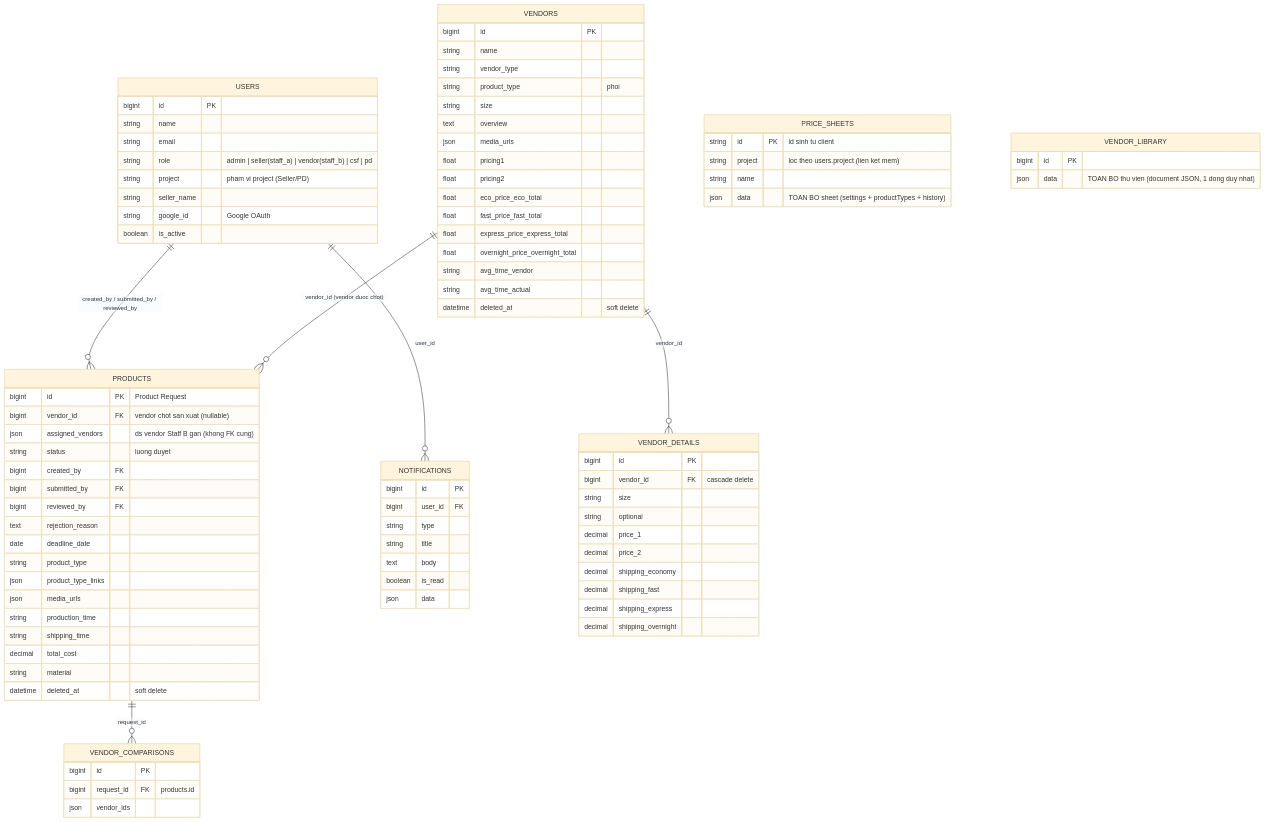
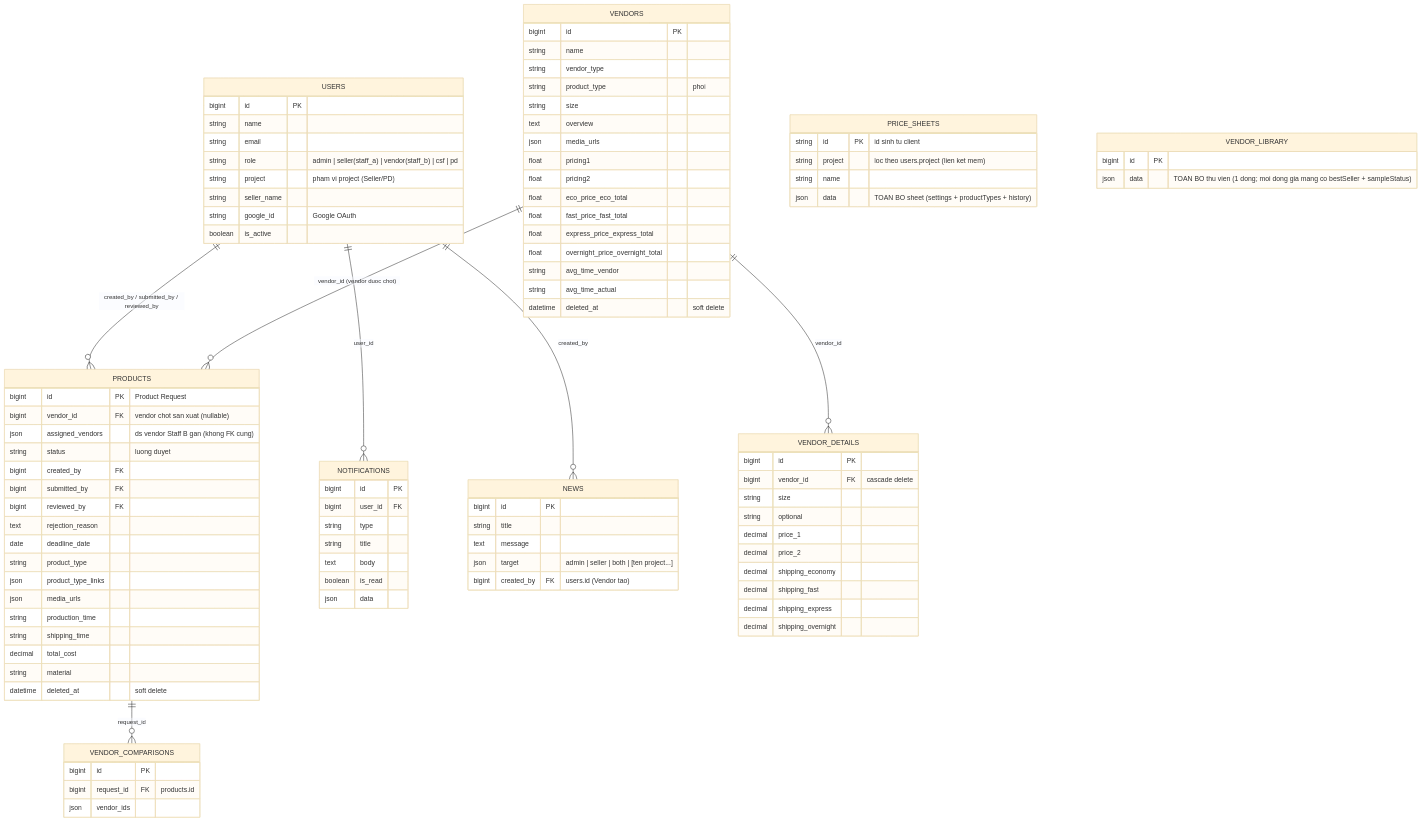
Before and after one commit to thanhdatpb/Vendor_Management_Golang: the third of 3 diagrams in README.md, drawn with Mermaid (base theme). The commit also changed other lines of this file, not shown here.

First line of the commit message:
docs: cập nhật README theo các tính năng đã merge (Best Seller, News, New Arrivals...) (#232)

````diff
--- a/README.md
+++ b/README.md
@@ -230,6 +236,7 @@
 erDiagram
     USERS ||--o{ PRODUCTS : "created_by / submitted_by / reviewed_by"
     USERS ||--o{ NOTIFICATIONS : "user_id"
+    USERS ||--o{ NEWS : "created_by"
     VENDORS ||--o{ PRODUCTS : "vendor_id (vendor duoc chot)"
     VENDORS ||--o{ VENDOR_DETAILS : "vendor_id"
     PRODUCTS ||--o{ VENDOR_COMPARISONS : "request_id"
@@ -322,6 +329,14 @@
 
     VENDOR_LIBRARY {
         bigint id PK
-        json data "TOAN BO thu vien (document JSON, 1 dong duy nhat)"
+        json data "TOAN BO thu vien (1 dong; moi dong gia mang co bestSeller + sampleStatus)"
+    }
+
+    NEWS {
+        bigint id PK
+        string title
+        text message
+        json target "admin | seller | both | [ten project...]"
+        bigint created_by FK "users.id (Vendor tao)"
     }
 ```
````
